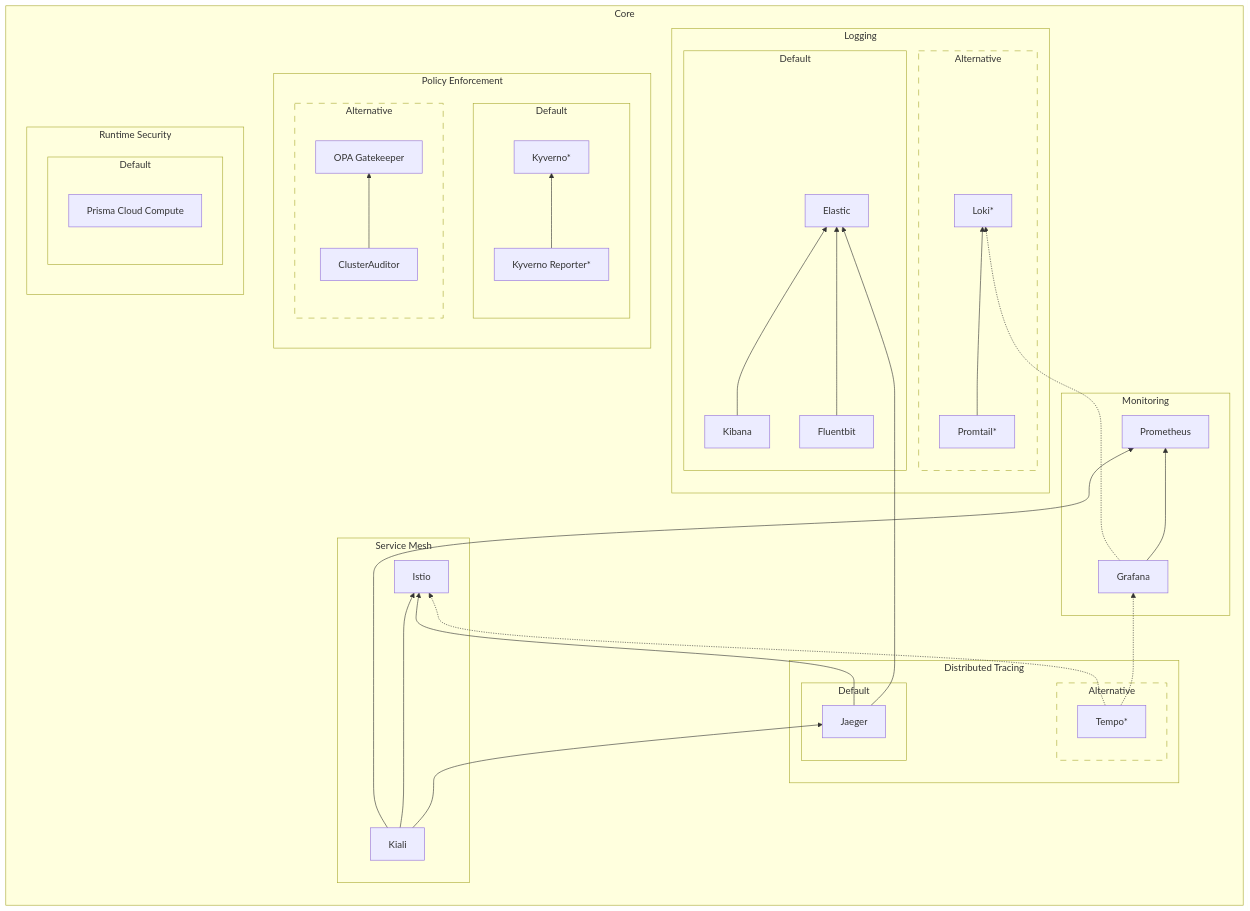
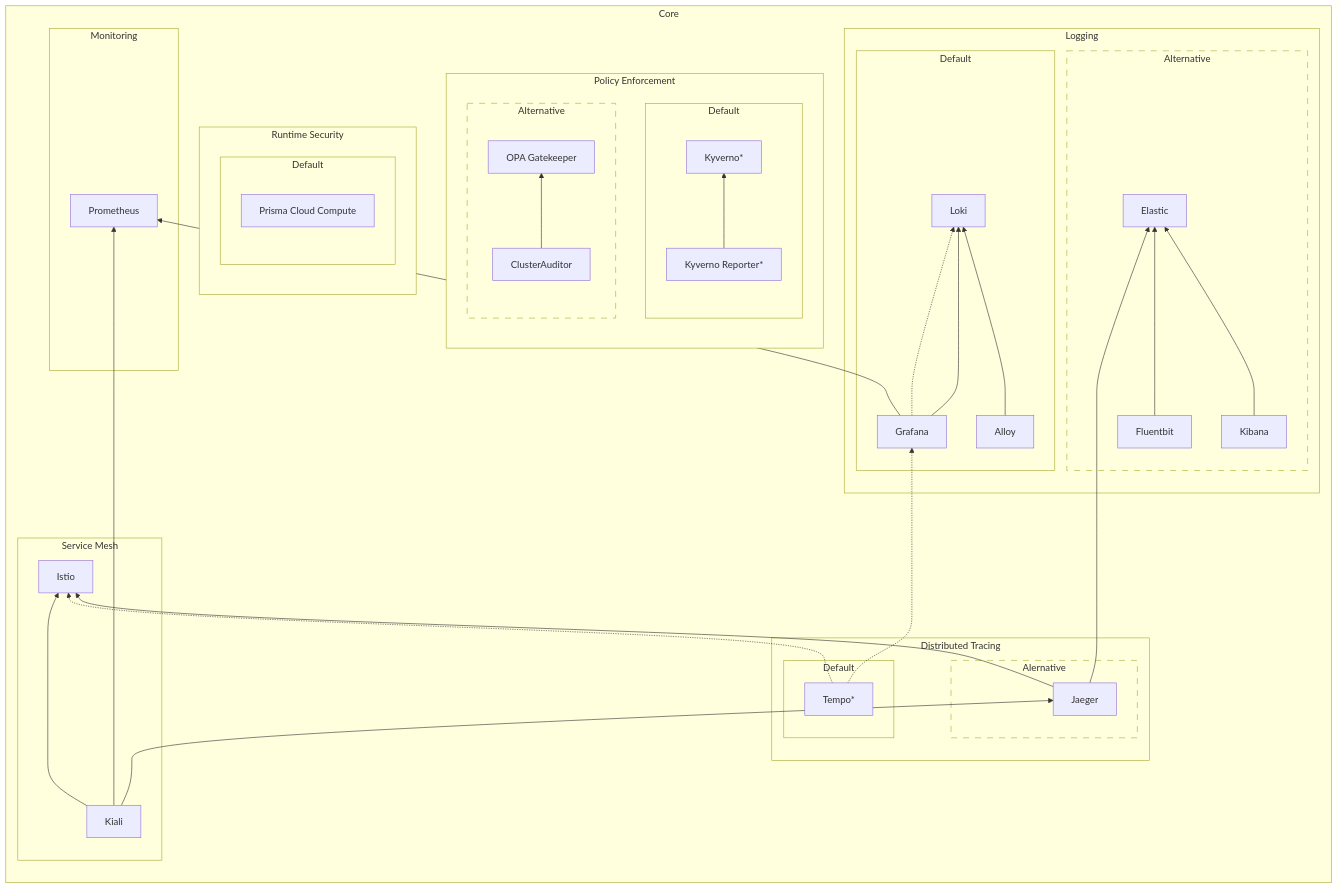
The first of 2 diagrams in docs/understanding-bigbang/package-architecture/README.md (DoD-Platform-One/bigbang), drawn with Mermaid before and after one commit. The commit also changed other lines of this file and 18 other files, not shown here.

````diff
--- a/docs/understanding-bigbang/package-architecture/README.md
+++ b/docs/understanding-bigbang/package-architecture/README.md
@@ -15,55 +15,55 @@
 ```mermaid
 flowchart LR
   subgraph Core
     direction BT
 
     subgraph L[Logging]
-      subgraph EFK[Default]
+      subgraph ALG[Default]
+        Alloy & Grafana --> Loki
+      end
+      subgraph EFK[Alternative]
+      style EFK stroke-dasharray: 10 10
         Kibana & Fluentbit --> Elastic
-      end
-      subgraph PLG[Alternative]
-      style PLG stroke-dasharray: 10 10
-        Promtail[Promtail*] --> Loki[Loki*]
       end
     end
 
     subgraph M[Monitoring]
       Grafana --> Prometheus
       Grafana -.-> Loki
     end
 
     subgraph PE[Policy Enforcement]
       subgraph KyvernoStack[Default]
       direction BT
         KyvernoReporter[Kyverno Reporter*] --> Kyverno[Kyverno*]
       end
       subgraph CA[Alternative]
       style CA stroke-dasharray: 10 10
       direction BT
         ClusterAuditor --> OPA[OPA Gatekeeper]
       end
     end
 
     subgraph RS[Runtime Security]
       subgraph TL[Default]
         Twistlock[Prisma Cloud Compute]
       end
     end
 
     subgraph DT[Distributed Tracing]
-      subgraph J[Default]
+      subgraph T[Default]
+        Tempo[Tempo*] -.-> Grafana
+      end
+      subgraph J[Alernative]
+      style J stroke-dasharray: 10 10
         Jaeger ----> Elastic
-      end
-      subgraph T[Alternative]
-      style T stroke-dasharray: 10 10
-        Tempo[Tempo*] -.-> Grafana
       end
     end
 
     subgraph SM[Service Mesh]
       Jaeger --> Istio
       Tempo -.-> Istio
       Kiali --> Jaeger & Istio & Prometheus
     end
   end
 ```
````
